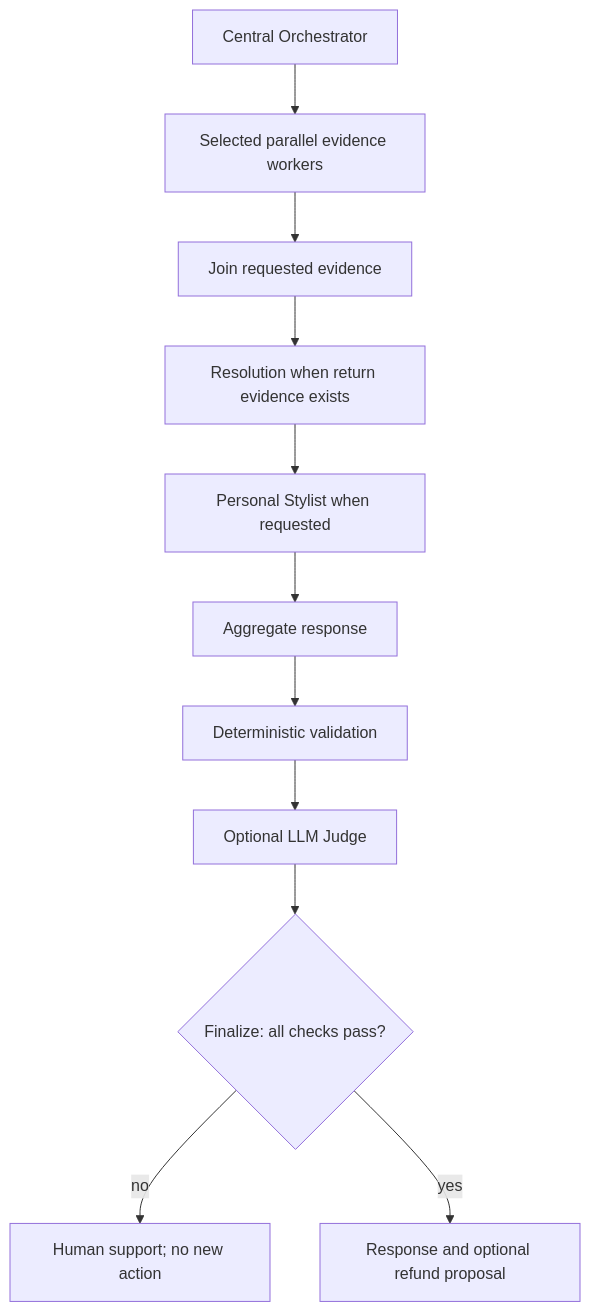
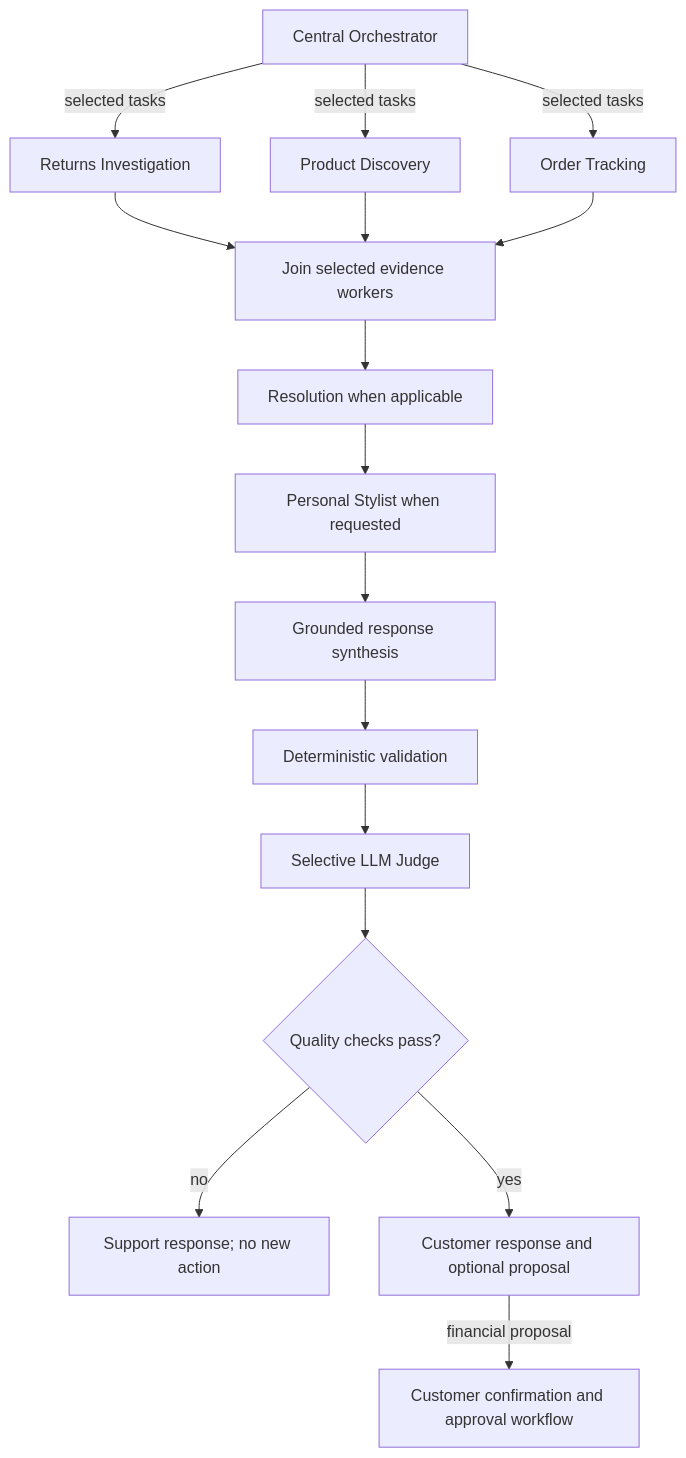
One commit to ManoochTayebi/Multi_agent_client changed the diagram in README.md. Above: the diagram before and after it, drawn with Mermaid. The commit also changed other lines of this file and 1 other file, not shown here.

Commit message:
Polish project README and expand architecture specification

````diff
--- a/README.md
+++ b/README.md
@@ -79,13 +24,18 @@
 ```mermaid
 flowchart TD
-    O[Central Orchestrator] --> W[Selected parallel evidence workers]
-    W --> J[Join requested evidence]
-    J --> R[Resolution when return evidence exists]
+    O[Central Orchestrator] -->|selected tasks| I[Returns Investigation]
+    O -->|selected tasks| D[Product Discovery]
+    O -->|selected tasks| T[Order Tracking]
+    I --> J[Join selected evidence workers]
+    D --> J
+    T --> J
+    J --> R[Resolution when applicable]
     R --> S[Personal Stylist when requested]
-    S --> A[Aggregate response]
+    S --> A[Grounded response synthesis]
     A --> V[Deterministic validation]
-    V --> Q[Optional LLM Judge]
-    Q --> F{"Finalize: all checks pass?"}
-    F -->|no| H[Human support; no new action]
-    F -->|yes| C[Response and optional refund proposal]
+    V --> Q[Selective LLM Judge]
+    Q --> F{"Quality checks pass?"}
+    F -->|no| H[Support response; no new action]
+    F -->|yes| C[Customer response and optional proposal]
+    C -->|financial proposal| P[Customer confirmation and approval workflow]
 ```
````
